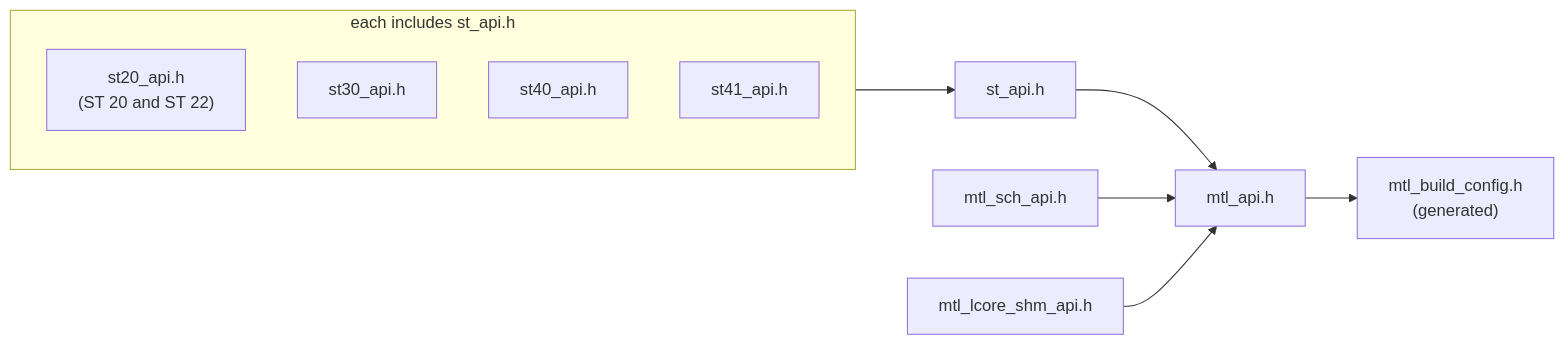
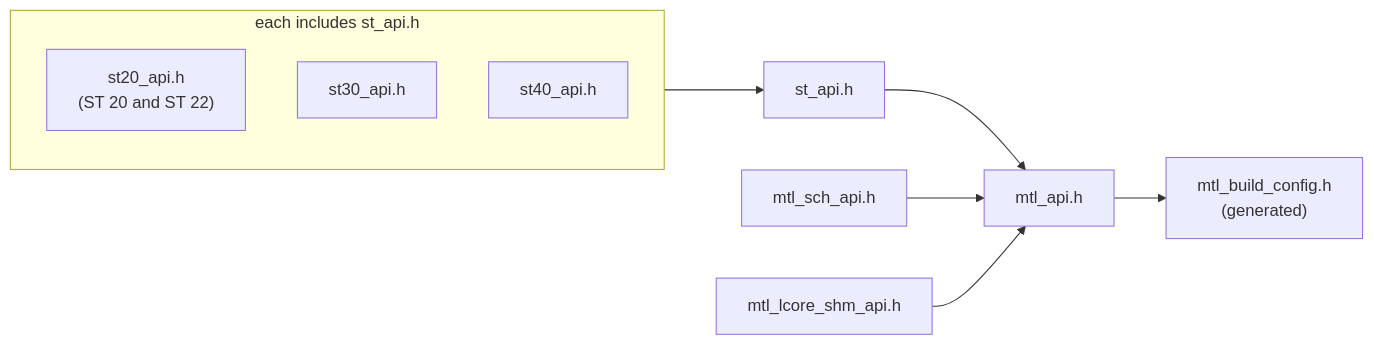
The third of 5 diagrams in doc/unified-api/abi.md (Sakoram/Media-Transport-Library), drawn with Mermaid before and after one commit. The commit also changed other lines of this file and 13 other files, not shown here.

````diff
--- a/doc/unified-api/abi.md
+++ b/doc/unified-api/abi.md
@@ -229,14 +229,13 @@
 ```mermaid
 flowchart LR
     subgraph MEDIA["each includes st_api.h"]
         S20["st20_api.h<br/>(ST 20 and ST 22)"]
         S30["st30_api.h"]
         S40["st40_api.h"]
-        S41["st41_api.h"]
     end
     MEDIA --> ST["st_api.h"]
     ST --> API["mtl_api.h"]
     SCH["mtl_sch_api.h"] --> API
     SHM["mtl_lcore_shm_api.h"] --> API
     API --> CFG["mtl_build_config.h<br/>(generated)"]
 ```
````
